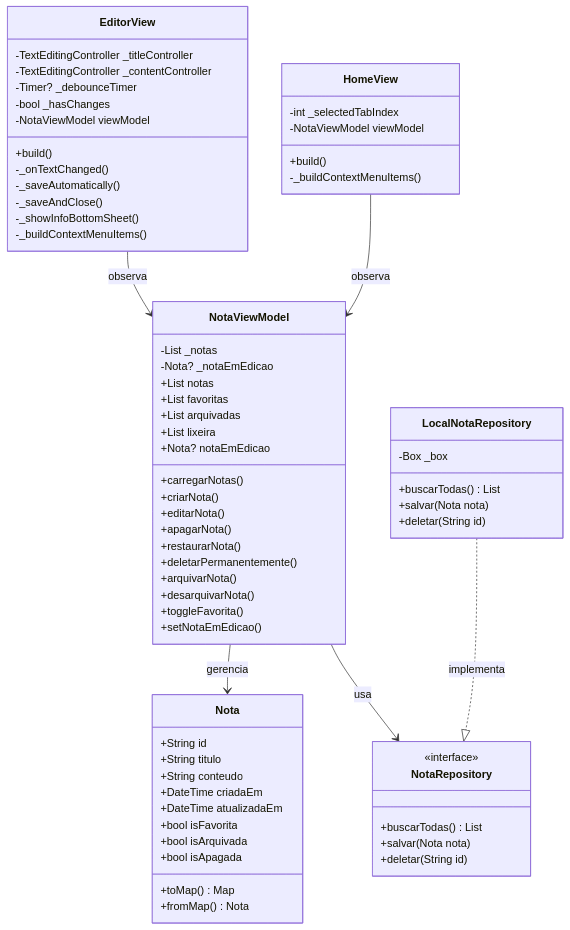
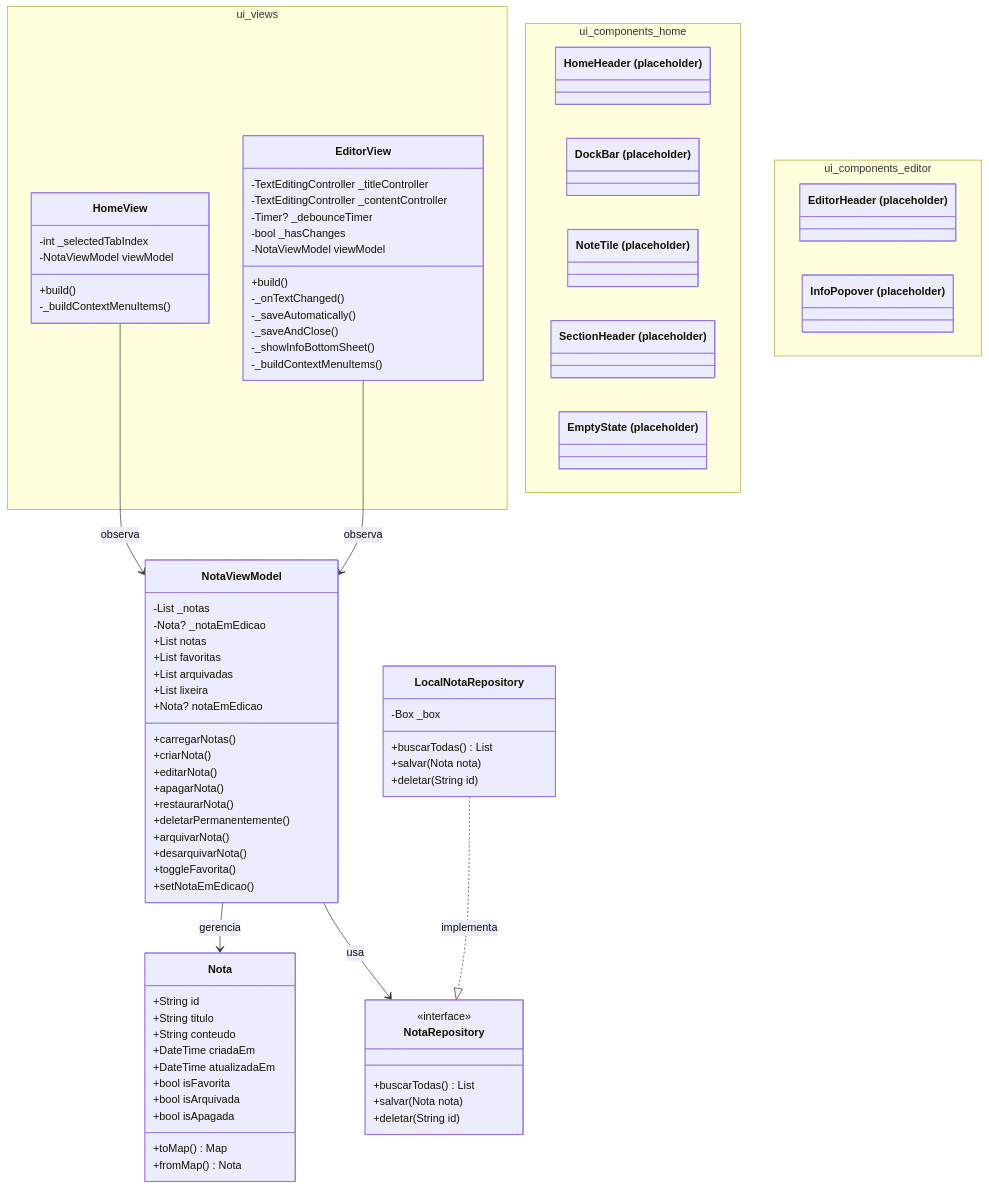
Before and after one commit to rogial12/anotai: the diagram in README.md, drawn with Mermaid. The commit also changed other lines of this file and 1 other file, not shown here.

Commit message:
Revisão na documentação para refletir a nova estrutura de diretórios e arquitetura de UI

```diff
--- a/README.md
+++ b/README.md
@@ -168,25 +178,40 @@
         +deletar(String id)
     }
 
-    class HomeView {
-        -int _selectedTabIndex
-        -NotaViewModel viewModel
-        +build()
-        -_buildContextMenuItems()
+    namespace ui_views {
+        class HomeView {
+            -int _selectedTabIndex
+            -NotaViewModel viewModel
+            +build()
+            -_buildContextMenuItems()
+        }
+
+        class EditorView {
+            -TextEditingController _titleController
+            -TextEditingController _contentController
+            -Timer? _debounceTimer
+            -bool _hasChanges
+            -NotaViewModel viewModel
+            +build()
+            -_onTextChanged()
+            -_saveAutomatically()
+            -_saveAndClose()
+            -_showInfoBottomSheet()
+            -_buildContextMenuItems()
+        }
     }
 
-    class EditorView {
-        -TextEditingController _titleController
-        -TextEditingController _contentController
-        -Timer? _debounceTimer
-        -bool _hasChanges
-        -NotaViewModel viewModel
-        +build()
-        -_onTextChanged()
-        -_saveAutomatically()
-        -_saveAndClose()
-        -_showInfoBottomSheet()
-        -_buildContextMenuItems()
+    namespace ui_components_home {
+        class HomeHeader["HomeHeader (placeholder)"]
+        class DockBar["DockBar (placeholder)"]
+        class NoteTile["NoteTile (placeholder)"]
+        class SectionHeader["SectionHeader (placeholder)"]
+        class EmptyState["EmptyState (placeholder)"]
+    }
+
+    namespace ui_components_editor {
+        class EditorHeader["EditorHeader (placeholder)"]
+        class InfoPopover["InfoPopover (placeholder)"]
     }
 
     NotaViewModel --> NotaRepository : usa
```
